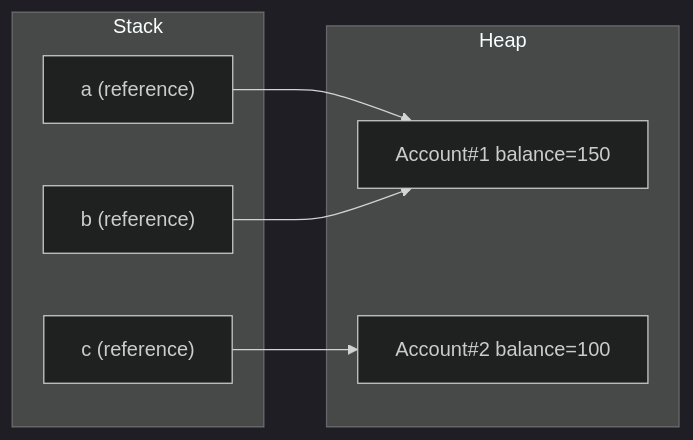
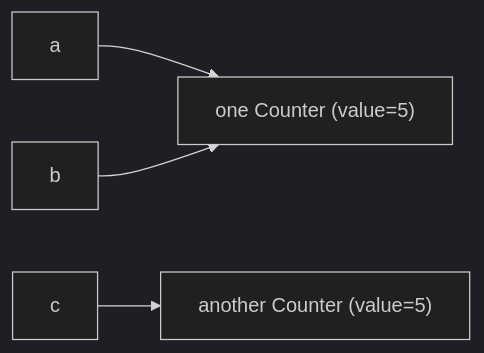
Before and after one commit to ashwinkothavade/learning: the second of 3 diagrams in daily/day-01.md, drawn with Mermaid (dark theme). The commit also changed other lines of this file and 4 other files, not shown here.

````diff
--- a/daily/day-01.md
+++ b/daily/day-01.md
@@ -100,15 +50,6 @@
 ```mermaid
 flowchart LR
-    subgraph Stack
-      a["a (reference)"]
-      b["b (reference)"]
-      c["c (reference)"]
-    end
-    subgraph Heap
-      o1["Account#1 balance=150"]
-      o2["Account#2 balance=100"]
-    end
-    a --> o1
-    b --> o1
-    c --> o2
+    a --> obj["one Counter (value=5)"]
+    b --> obj
+    c --> obj2["another Counter (value=5)"]
 ```
````
